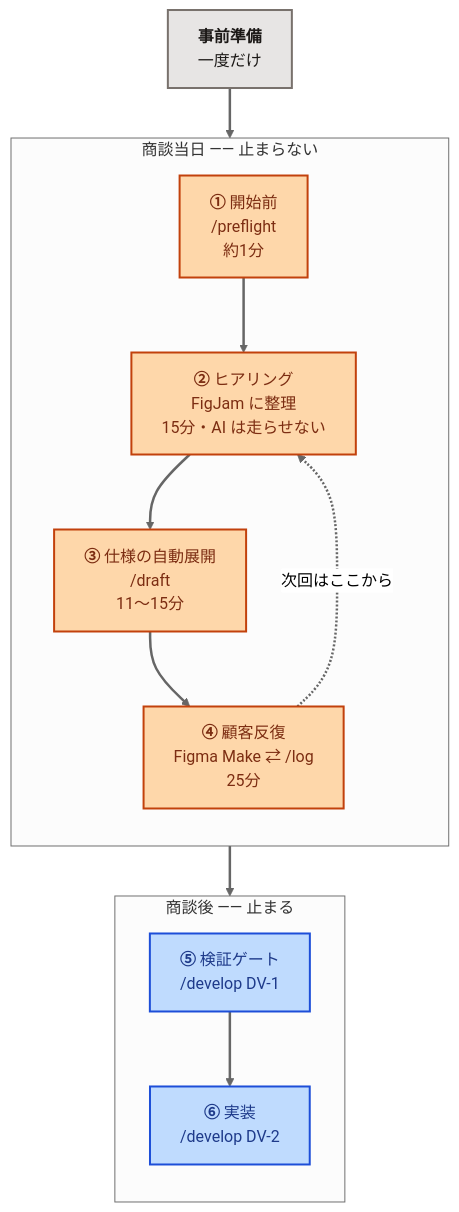
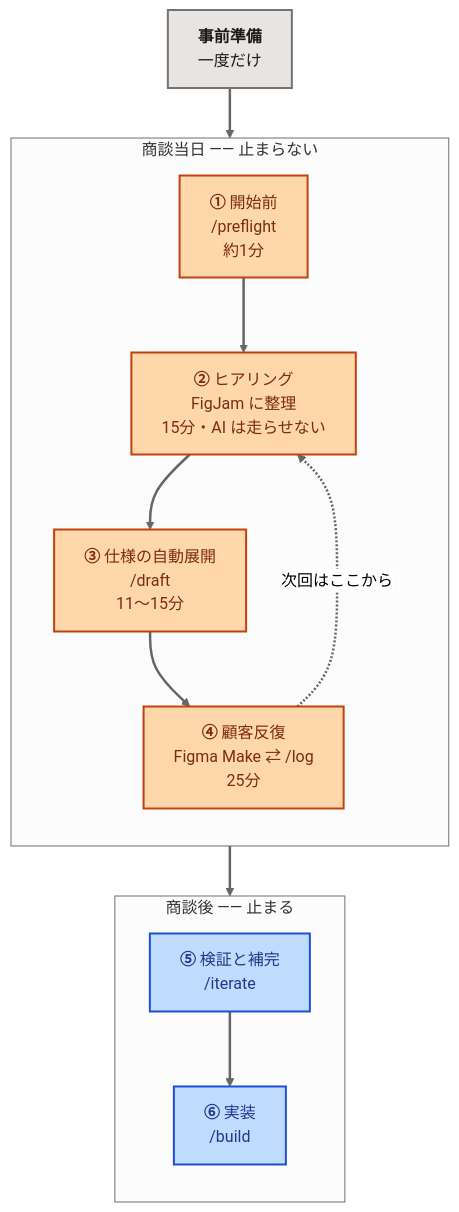
One commit to daichi-kubokawa/prototyping-agents changed the first of 4 diagrams in WORKFLOW.md. Above: the diagram before and after it, drawn with Mermaid (neutral theme). The commit also changed other lines of this file and 17 other files, not shown here.

Commit message:
v1.5 Split /develop into /iterate and /build, add project picker

````diff
--- a/WORKFLOW.md
+++ b/WORKFLOW.md
@@ -26,29 +26,29 @@
 ```mermaid
 flowchart TD
     P["<b>事前準備</b><br/>一度だけ"]
 
     subgraph M["商談当日 ―― 止まらない"]
         direction TB
         A["<b>①</b> 開始前<br/>/preflight<br/>約1分"]
         B["<b>②</b> ヒアリング<br/>FigJam に整理<br/>15分・AI は走らせない"]
         C["<b>③</b> 仕様の自動展開<br/>/draft<br/>11〜15分"]
         D["<b>④</b> 顧客反復<br/>Figma Make ⇄ /log<br/>25分"]
     end
 
     subgraph AF["商談後 ―― 止まる"]
         direction TB
-        E["<b>⑤</b> 検証ゲート<br/>/develop DV-1"]
-        F["<b>⑥</b> 実装<br/>/develop DV-2"]
+        E["<b>⑤</b> 検証と補完<br/>/iterate"]
+        F["<b>⑥</b> 実装<br/>/build"]
     end
 
     P --> A --> B --> C --> D --> E --> F
     D -. 次回はここから .-> B
 
     classDef prep fill:#E7E5E4,stroke:#78716C,stroke-width:2px,color:#1C1917
     classDef live fill:#FED7AA,stroke:#C2410C,stroke-width:2px,color:#7C2D12
     classDef desk fill:#BFDBFE,stroke:#1D4ED8,stroke-width:2px,color:#1E3A8A
     class P prep
     class A,B,C,D live
     class E,F desk
     linkStyle default stroke-width:2.5px
 ```
````
